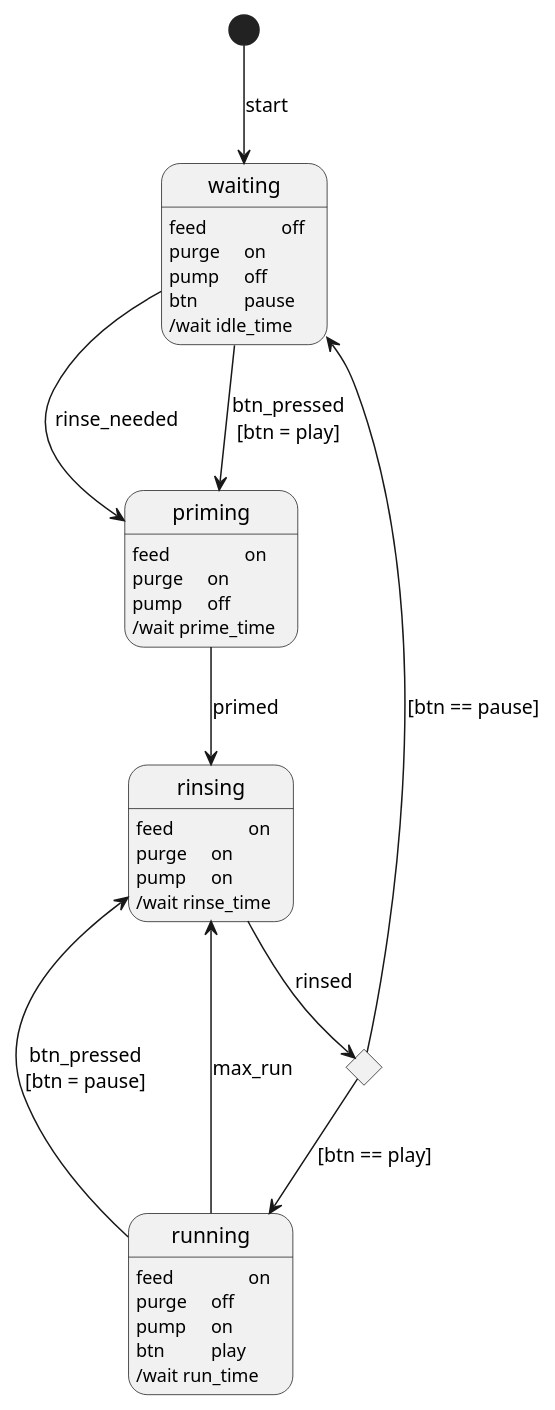
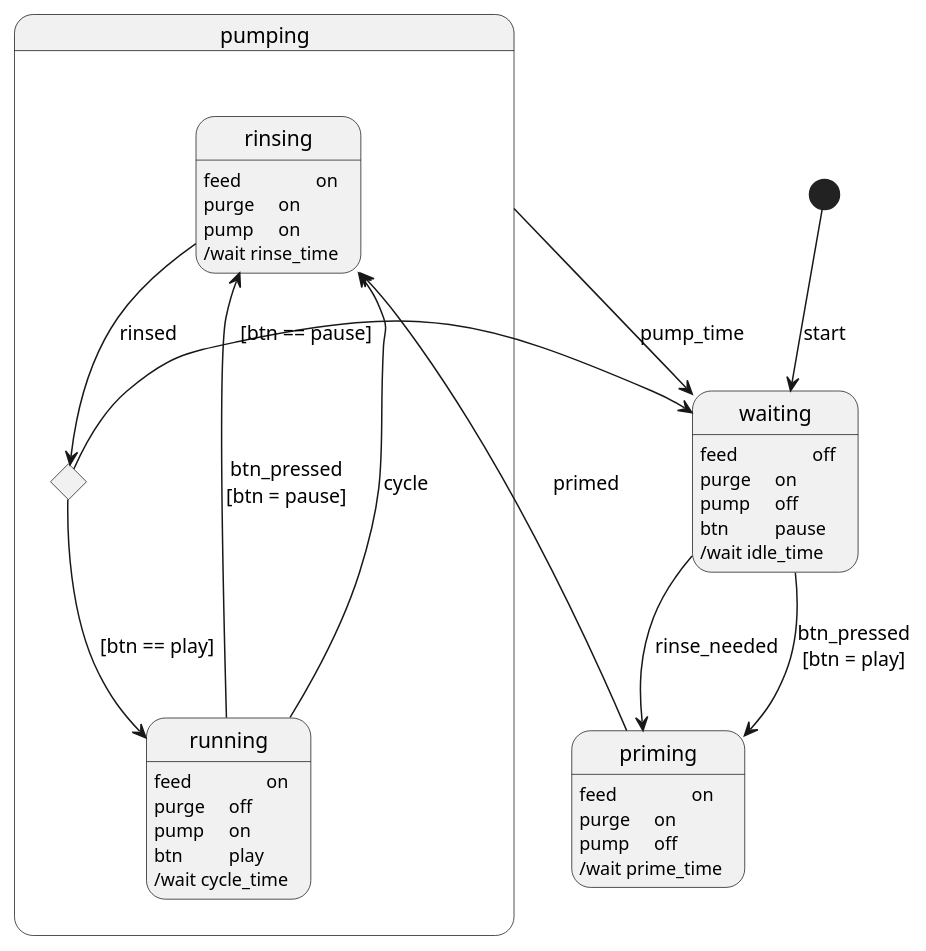
One commit to rlhatcher/aquarium changed the diagram in water/water_state.puml. Above: the diagram before and after it, drawn with PlantUML.

Commit message:
Initial sketch

```diff
--- a/water/water_state.puml
+++ b/water/water_state.puml
@@ -1,45 +1,48 @@
 @startuml water_state
 hide empty description
 
 state waiting {
   waiting: feed\t\toff
   waiting: purge\ton
   waiting: pump\toff
   waiting: btn\t\tpause
   waiting: /wait idle_time
 }
 
 state priming {
   priming : feed\t\ton
   priming : purge\ton
   priming : pump\toff
   priming : /wait prime_time
 }
 
-state rinsing {
+state pumping {
+  state rinsing {
     rinsing: feed\t\ton
-    rinsing: purge\ton 
+    rinsing: purge\ton
     rinsing: pump\ton
     rinsing: /wait rinse_time
+  }
+
+  state running {
+    running: feed\t\ton
+    running: purge\toff
+    running: pump\ton
+    running: btn\t\tplay
+    running: /wait cycle_time
+  }
+  state stopstart <<choice>>
 }
 
-state running {
-  running: feed\t\ton
-  running: purge\toff
-  running: pump\ton
-  running: btn\t\tplay
-  running: /wait run_time
-}
-
-state stopstart <<choice>>
 [*] --> waiting : start
 waiting --> priming : rinse_needed
 waiting --> priming : btn_pressed\n[btn = play]
 priming --> rinsing: primed
 rinsing --> stopstart: rinsed
 stopstart --> running : [btn == play]
 running --> rinsing: btn_pressed\n[btn = pause]
 stopstart--> waiting : [btn == pause]
-running --> rinsing: max_run
+running --> rinsing: cycle
+pumping --> waiting : pump_time
 
 @enduml
```
